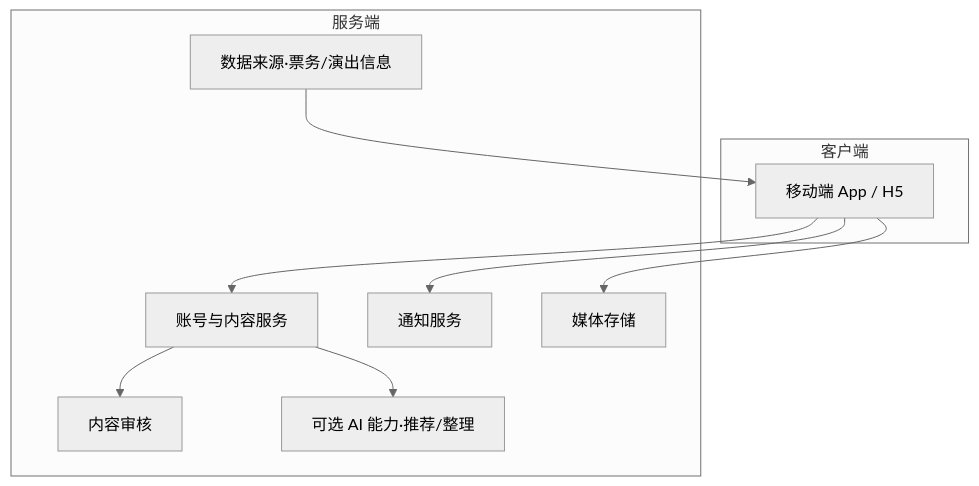
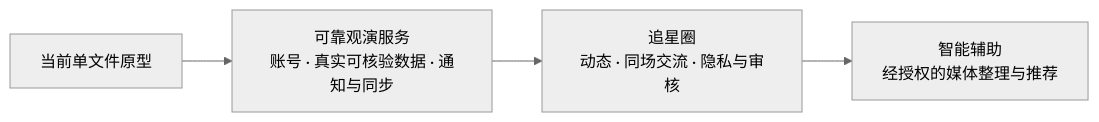
One commit to zz10965-alt/starshows-mobile changed the fifth of 5 diagrams in README.md. Above: the diagram before and after it, drawn with Mermaid (neutral theme). The commit also changed other lines of this file and 1 other file, not shown here.

First line of the commit message:
docs: 按 index.html 校核 README，补移动端截图

````diff
--- a/README.md
+++ b/README.md
@@ -261,20 +259,6 @@
 ```mermaid
-flowchart TD
-    subgraph Client[客户端]
-    M[移动端 App / H5]
-    end
-    subgraph Services[服务端]
-    A[账号与内容服务]
-    N[通知服务]
-    D[数据来源·票务/演出信息]
-    S[媒体存储]
-    C[内容审核]
-    AI[可选 AI 能力·推荐/整理]
-    end
-    M --> A
-    M --> N
-    M --> S
-    A --> C
-    A --> AI
-    D --> M
+flowchart LR
+    A[当前单文件原型] --> B[可靠观演服务<br/>账号 · 真实可核验数据 · 通知与同步]
+    B --> C[追星圈<br/>动态 · 同场交流 · 隐私与审核]
+    C --> D[智能辅助<br/>经授权的媒体整理与推荐]
 ```
````
